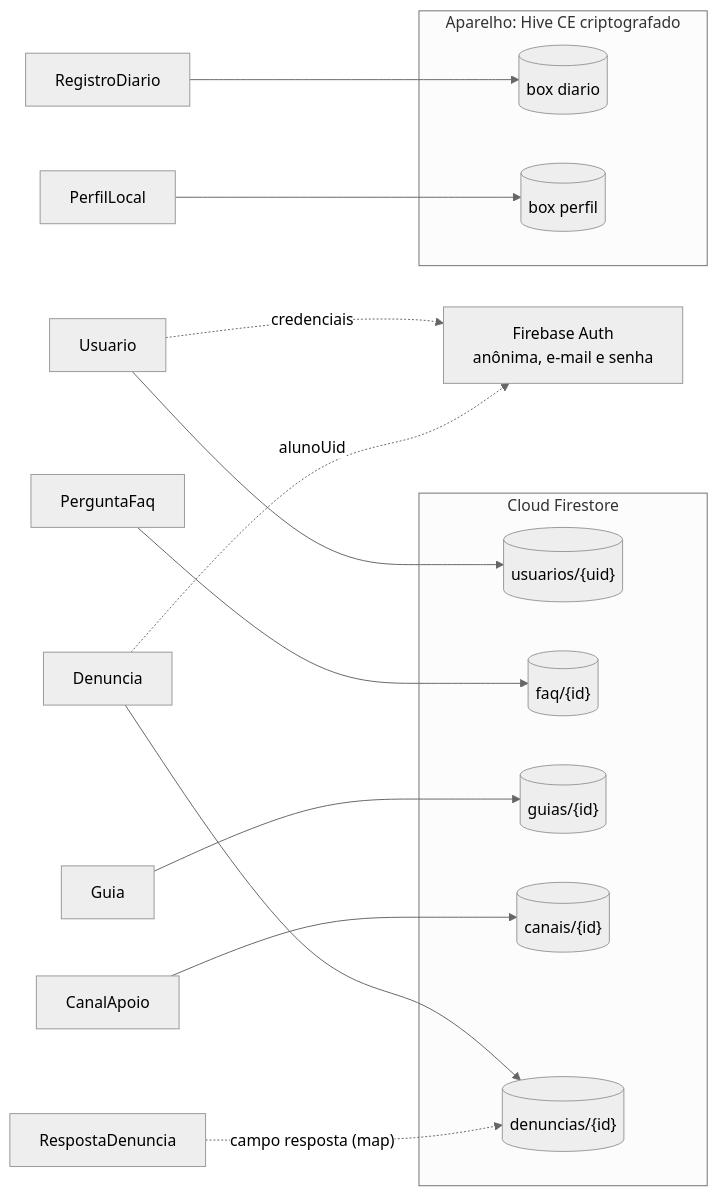
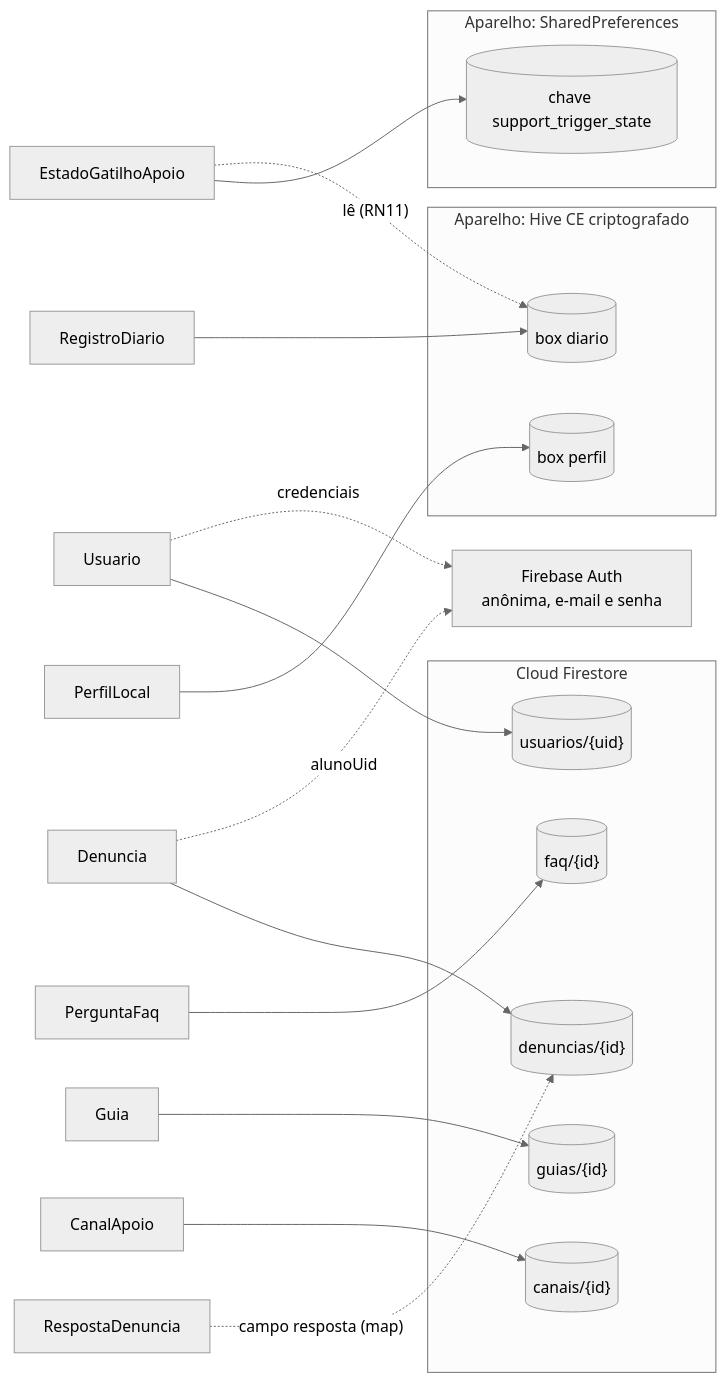
Before and after one commit to maarcos4g/mente-leve: the diagram in docs/modelagem/04-mapeamento-dart-firestore.md, drawn with Mermaid (neutral theme). The commit also changed other lines of this file and 3 other files, not shown here.

Commit message:
docs(modelagem): add UC20, RN11 and local support trigger state

````diff
--- a/docs/modelagem/04-mapeamento-dart-firestore.md
+++ b/docs/modelagem/04-mapeamento-dart-firestore.md
@@ -7,35 +7,41 @@
 ```mermaid
 flowchart LR
   Usuario
   PerguntaFaq
   Guia
   CanalApoio
   Denuncia
   RespostaDenuncia
   RegistroDiario
   PerfilLocal
+  EstadoGatilhoApoio
 
   subgraph FS["Cloud Firestore"]
     cUsuarios[("usuarios/{uid}")]
     cFaq[("faq/{id}")]
     cGuias[("guias/{id}")]
     cCanais[("canais/{id}")]
     cDenuncias[("denuncias/{id}")]
   end
   AUTH["Firebase Auth<br/>anônima, e-mail e senha"]
   subgraph HV["Aparelho: Hive CE criptografado"]
     bDiario[("box diario")]
     bPerfil[("box perfil")]
   end
+  subgraph SP["Aparelho: SharedPreferences"]
+    kGatilho[("chave support_trigger_state")]
+  end
 
   Usuario --> cUsuarios
   Usuario -. "credenciais" .-> AUTH
   PerguntaFaq --> cFaq
   Guia --> cGuias
   CanalApoio --> cCanais
   Denuncia --> cDenuncias
   Denuncia -. "alunoUid" .-> AUTH
   RespostaDenuncia -. "campo resposta (map)" .-> cDenuncias
   RegistroDiario --> bDiario
   PerfilLocal --> bPerfil
+  EstadoGatilhoApoio --> kGatilho
+  EstadoGatilhoApoio -. "lê (RN11)" .-> bDiario
 ```
````
